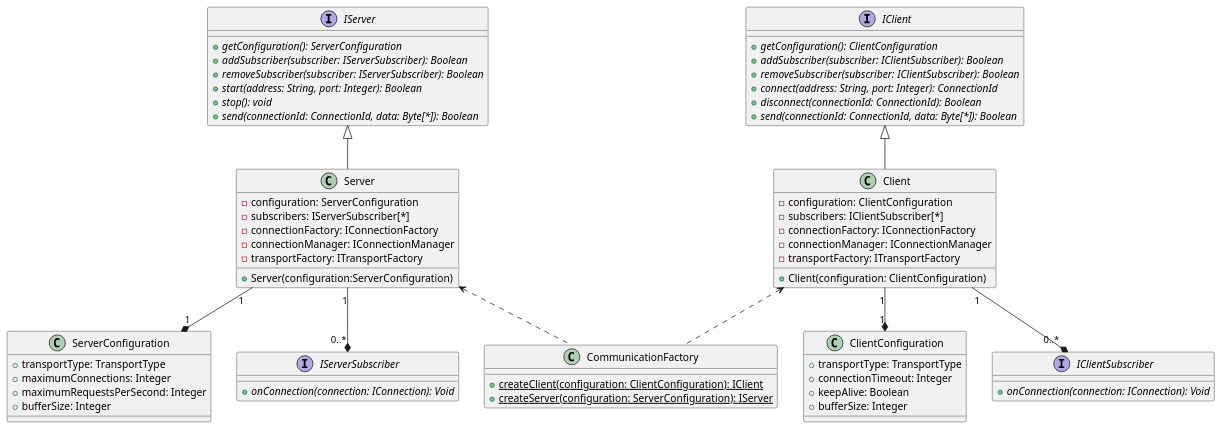
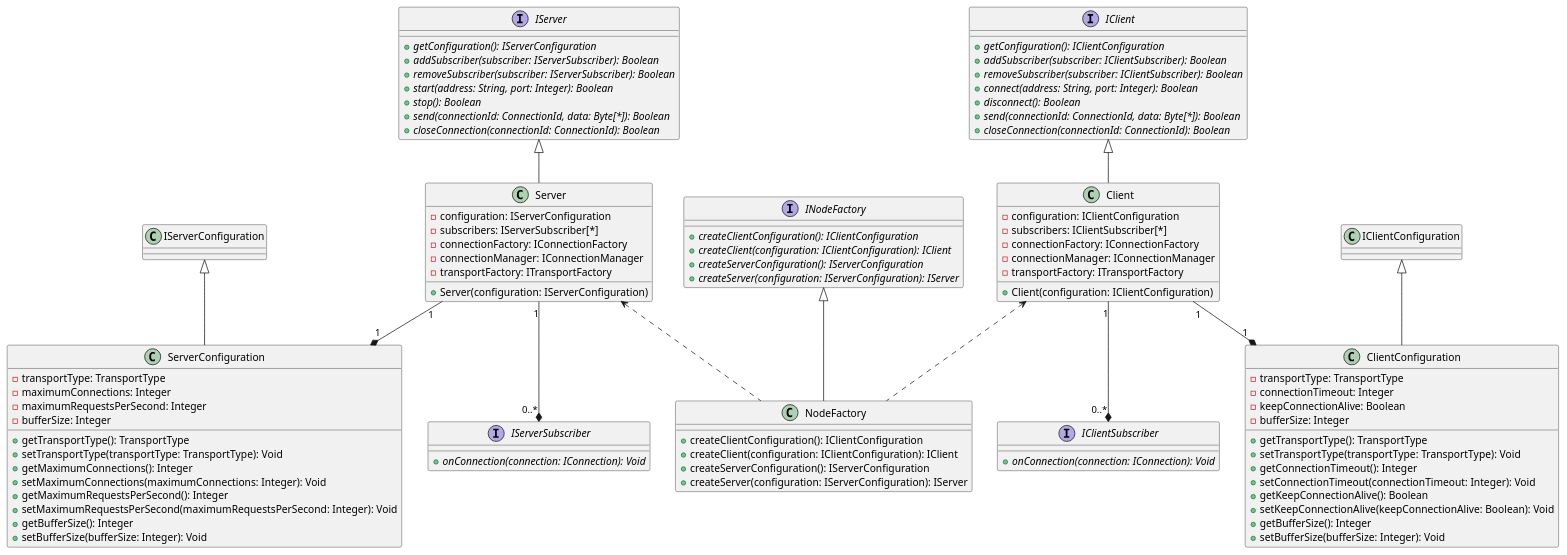
The diagram in docs/architecture/05_building_block_view/communication/node_layer/design_view.puml (nghdang/connix), drawn with PlantUML before and after one commit. The commit also changed 4 other files, not shown here.

```diff
--- a/docs/architecture/05_building_block_view/communication/node_layer/design_view.puml
+++ b/docs/architecture/05_building_block_view/communication/node_layer/design_view.puml
@@ -1,78 +1,111 @@
 @startuml Node Layer - Design View
 
 class ClientConfiguration {
-    + transportType: TransportType
-    + connectionTimeout: Integer
-    + keepAlive: Boolean
-    + bufferSize: Integer
+    - transportType: TransportType
+    - connectionTimeout: Integer
+    - keepConnectionAlive: Boolean
+    - bufferSize: Integer
+    + getTransportType(): TransportType
+    + setTransportType(transportType: TransportType): Void
+    + getConnectionTimeout(): Integer
+    + setConnectionTimeout(connectionTimeout: Integer): Void
+    + getKeepConnectionAlive(): Boolean
+    + setKeepConnectionAlive(keepConnectionAlive: Boolean): Void
+    + getBufferSize(): Integer
+    + setBufferSize(bufferSize: Integer): Void
 }
 
 interface IClientSubscriber {
     + {abstract} onConnection(connection: IConnection): Void
 }
 
 interface IClient {
-    + {abstract} getConfiguration(): ClientConfiguration
+    + {abstract} getConfiguration(): IClientConfiguration
     + {abstract} addSubscriber(subscriber: IClientSubscriber): Boolean
     + {abstract} removeSubscriber(subscriber: IClientSubscriber): Boolean
-    + {abstract} connect(address: String, port: Integer): ConnectionId
-    + {abstract} disconnect(connectionId: ConnectionId): Boolean
+    + {abstract} connect(address: String, port: Integer): Boolean
+    + {abstract} disconnect(): Boolean
     + {abstract} send(connectionId: ConnectionId, data: Byte[*]): Boolean
+    + {abstract} closeConnection(connectionId: ConnectionId): Boolean
 }
 
 class Client {
-    - configuration: ClientConfiguration
+    - configuration: IClientConfiguration
     - subscribers: IClientSubscriber[*]
     - connectionFactory: IConnectionFactory
     - connectionManager: IConnectionManager
     - transportFactory: ITransportFactory
-    + Client(configuration: ClientConfiguration)
+    + Client(configuration: IClientConfiguration)
 }
 
 class ServerConfiguration {
-    + transportType: TransportType
-    + maximumConnections: Integer
-    + maximumRequestsPerSecond: Integer
-    + bufferSize: Integer
+    - transportType: TransportType
+    - maximumConnections: Integer
+    - maximumRequestsPerSecond: Integer
+    - bufferSize: Integer
+    + getTransportType(): TransportType
+    + setTransportType(transportType: TransportType): Void
+    + getMaximumConnections(): Integer
+    + setMaximumConnections(maximumConnections: Integer): Void
+    + getMaximumRequestsPerSecond(): Integer
+    + setMaximumRequestsPerSecond(maximumRequestsPerSecond: Integer): Void
+    + getBufferSize(): Integer
+    + setBufferSize(bufferSize: Integer): Void
 }
 
 interface IServerSubscriber {
     + {abstract} onConnection(connection: IConnection): Void
 }
 
 interface IServer {
-    + {abstract} getConfiguration(): ServerConfiguration
+    + {abstract} getConfiguration(): IServerConfiguration
     + {abstract} addSubscriber(subscriber: IServerSubscriber): Boolean
     + {abstract} removeSubscriber(subscriber: IServerSubscriber): Boolean
     + {abstract} start(address: String, port: Integer): Boolean
-    + {abstract} stop(): void
+    + {abstract} stop(): Boolean
     + {abstract} send(connectionId: ConnectionId, data: Byte[*]): Boolean
+    + {abstract} closeConnection(connectionId: ConnectionId): Boolean
 }
 
 class Server {
-    - configuration: ServerConfiguration
+    - configuration: IServerConfiguration
     - subscribers: IServerSubscriber[*]
     - connectionFactory: IConnectionFactory
     - connectionManager: IConnectionManager
     - transportFactory: ITransportFactory
-    + Server(configuration:ServerConfiguration)
+    + Server(configuration: IServerConfiguration)
 }
 
-class CommunicationFactory {
-    + {static} createClient(configuration: ClientConfiguration): IClient
-    + {static} createServer(configuration: ServerConfiguration): IServer
+interface INodeFactory {
+    + {abstract} createClientConfiguration(): IClientConfiguration
+    + {abstract} createClient(configuration: IClientConfiguration): IClient
+    + {abstract} createServerConfiguration(): IServerConfiguration
+    + {abstract} createServer(configuration: IServerConfiguration): IServer
 }
+
+class NodeFactory {
+    + createClientConfiguration(): IClientConfiguration
+    + createClient(configuration: IClientConfiguration): IClient
+    + createServerConfiguration(): IServerConfiguration
+    + createServer(configuration: IServerConfiguration): IServer
+}
+
+IClientConfiguration <|-- ClientConfiguration
 
 IClient <|-- Client
 
-Client <.. CommunicationFactory
+Client <.. NodeFactory
 Client "1" --* "1" ClientConfiguration
 Client "1" --* "0..*" IClientSubscriber
 
+IServerConfiguration <|-- ServerConfiguration
+
 IServer <|-- Server
 
-Server <.. CommunicationFactory
+Server <.. NodeFactory
 Server "1" --* "1" ServerConfiguration
 Server "1" --* "0..*" IServerSubscriber
 
+INodeFactory <|-- NodeFactory
+
 @enduml
```
